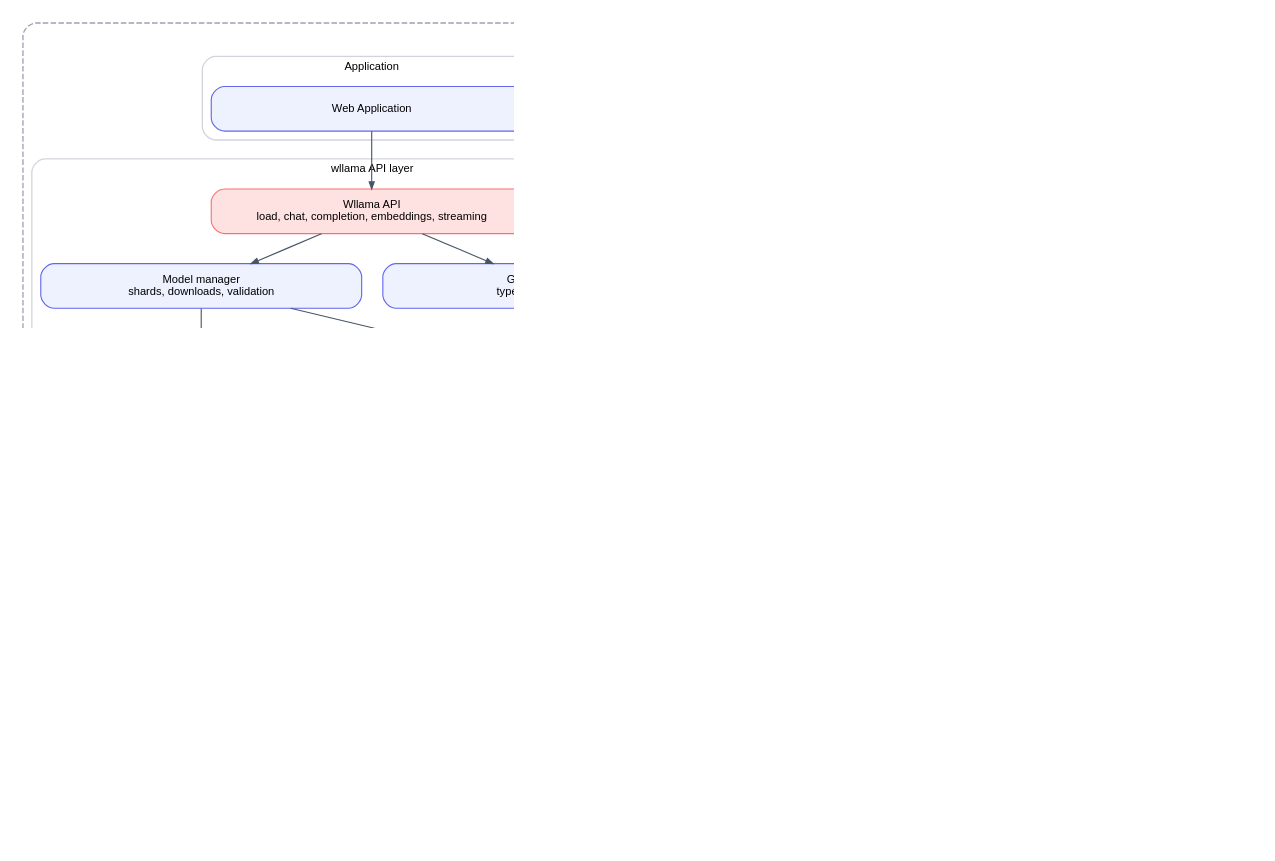
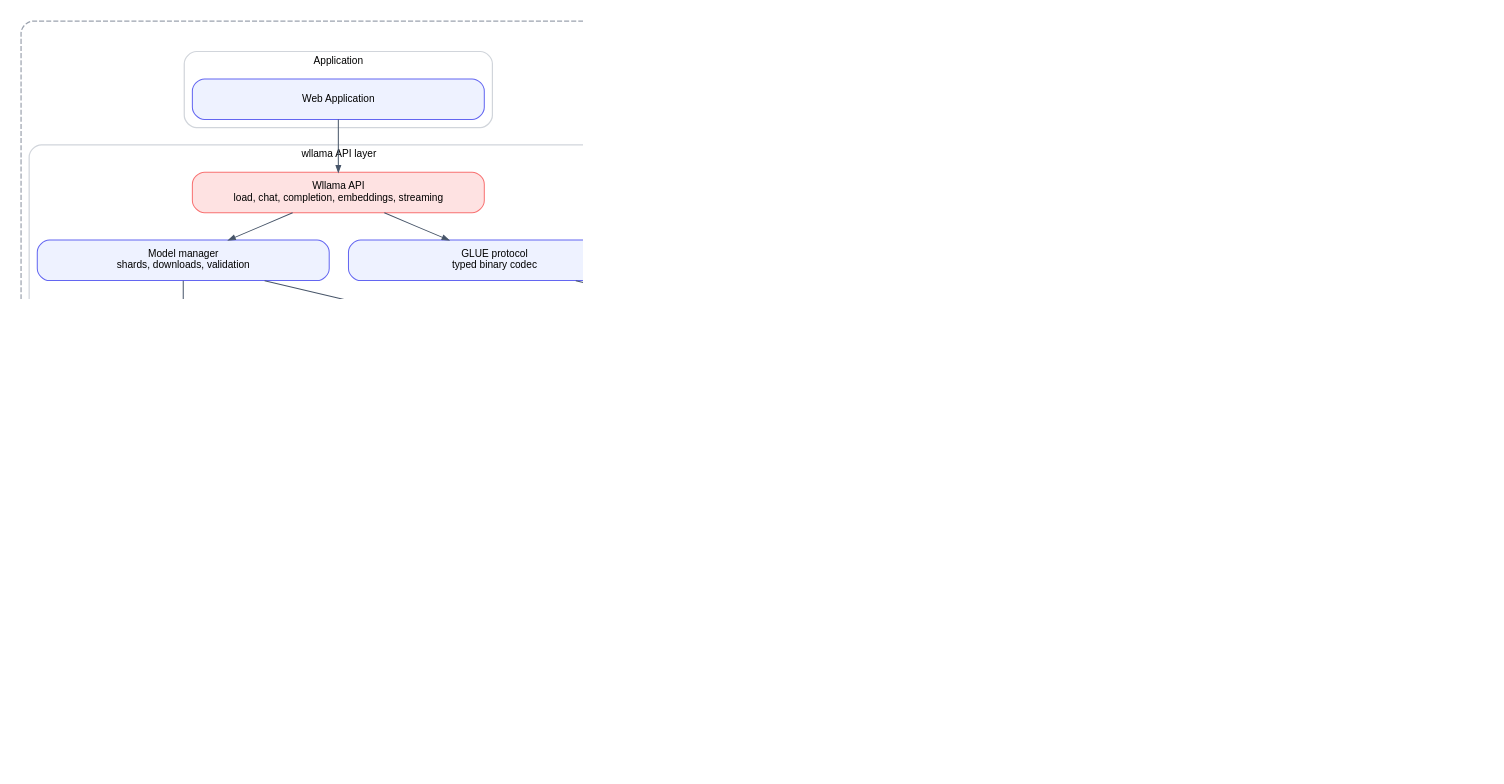
Before and after one commit to thomas-0816/webgpu-wllama: the diagram in architecture.dot, drawn with Graphviz.

```diff
--- a/architecture.dot
+++ b/architecture.dot
@@ -1,125 +1,126 @@
 digraph wllama {
   // Render at 200 dpi; size limits the output to 2560x1440.
   graph [
     rankdir=TB,
     compound=true,
     fontname="Helvetica",
     fontsize=11,
     nodesep=0.26,
     ranksep=0.36,
     pad=0.15,
     bgcolor="white",
     dpi=200,
     size="12.8,7.2"
   ];
   node [
     shape=box,
     style="rounded,filled",
     fillcolor="#EEF2FF",
     color="#6366F1",
     fontname="Helvetica",
     fontsize=10,
     margin="0.10,0.06",
     width=4.0,
     height=0.55,
     penwidth=1.0
   ];
   edge [
     color="#475569",
     fontname="Helvetica",
     fontsize=8.5,
     arrowsize=0.65,
     penwidth=1.0
   ];
 
   subgraph cluster_browser {
     label="Web Browser";
     fontsize=13;
     color="#9CA3AF";
     style="rounded,dashed";
     penwidth=1.2;
 
     subgraph cluster_app {
       label="Application";
       fontsize=10;
       color="#D1D5DB";
       style="rounded";
       UI [label="Web Application"];
     }
 
     subgraph cluster_api {
       label="wllama API layer";
       fontsize=10;
       color="#D1D5DB";
       style="rounded";
       WAPI [label="Wllama API\nload, chat, completion, embeddings, streaming", fillcolor="#FEE2E2", color="#F87171"];
       MM [label="Model manager\nshards, downloads, validation"];
       CM [label="Cache manager\nmetadata, integrity, storage policy"];
       HF [label="Hugging Face resolver\nrepo and file lookup"];
       GLUEJS [label="GLUE protocol\ntyped binary codec"];
     }
 
     PX [label="Main-thread orchestration\nWorker orchestrator, task queue, buffers"];
 
     subgraph cluster_worker {
       label="Internal Web Worker";
       fontsize=10;
       color="#D1D5DB";
       style="rounded";
       WORKER [label="Worker runtime\nmodule lifecycle, file bridge, WASM calls"];
     }
 
     subgraph cluster_wasm {
       label="wllama.wasm";
       fontsize=10;
       color="#D1D5DB";
       style="rounded";
       ABI [label="C ABI\nexports and action dispatch"];
       GLUECPP [label="GLUE protocol\nmessage parse and serialize"];
       CTX [label="Request context\nreaders, request IDs, cancellation"];
       LLAMA [label="llama.cpp + ggml core\nserver queue, chat, sampling\ninference, KV cache, multimodal", fillcolor="#FEE2E2", color="#F87171"];
     }
 
     subgraph cluster_platform {
       label="Browser platform";
       fontsize=10;
       color="#D1D5DB";
       style="rounded";
       CPU [label="CPU backend\nWASM SIMD + pthreads"];
       GPU [label="WebGPU backend\nggml-webgpu", fillcolor="#FEE2E2", color="#F87171"];
       ASYNC [label="Async runtime\nJSPI or Asyncify"];
       OPFS [label="OPFS / Cross-Origin Storage"];
     }
-    subgraph cluster_webserver {
-      label="Webserver / CDN";
-      fontsize=13;
-      color="#9CA3AF";
-      style="rounded,dashed";
-      penwidth=1.2;
+  }
 
-      MODELHOST [
-        label="HTTP(S) GGUF downloads",
-        fillcolor="#F3F4F6",
-        color="#6B7280"
-      ];
-    }
+  subgraph cluster_webserver {
+    label="Webserver / CDN";
+    fontsize=13;
+    color="#9CA3AF";
+    style="rounded,dashed";
+    penwidth=1.2;
+
+    MODELHOST [
+      label="HTTP(S) GGUF downloads",
+      fillcolor="#F3F4F6",
+      color="#6B7280"
+    ];
   }
 
   UI -> WAPI;
   WAPI -> MM;
   WAPI -> GLUEJS;
   MM -> CM;
   MM -> HF;
   CM -> OPFS [style=dashed, label="Cache"];
   CM -> MODELHOST [dir=both, label="Download"];
   GLUEJS -> PX [label="Actions"];
   PX -> WORKER [dir=both, label="PostMessage"];
   WORKER -> ABI;
   WORKER -> ASYNC;
   ABI -> GLUECPP;
   ABI -> CTX;
   CTX -> GLUECPP;
   CTX -> LLAMA;
   LLAMA -> CPU;
   LLAMA -> GPU;
 }
```
